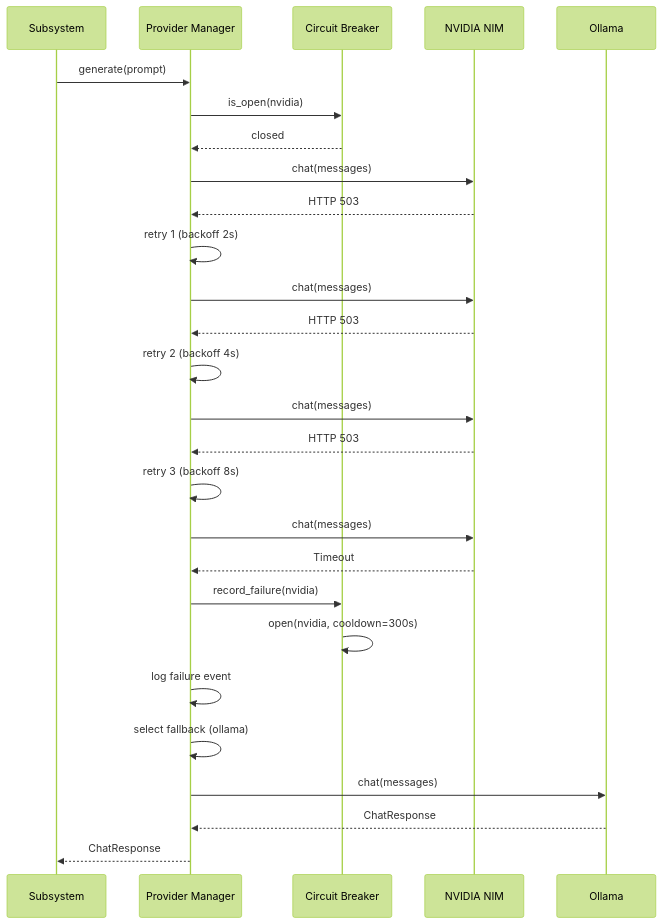
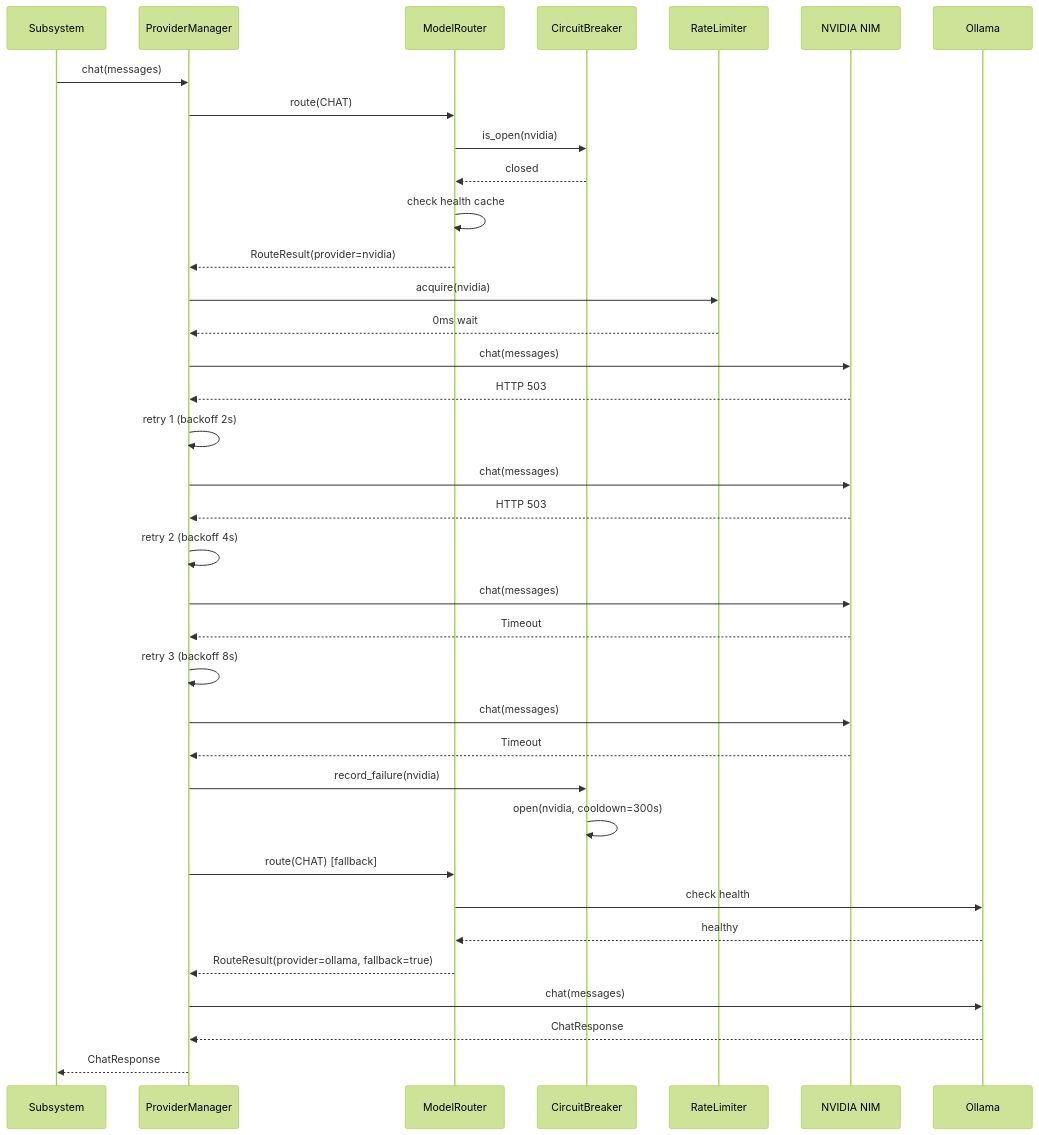
One commit to dsk-dev-ai/bookforge-ai changed the seventh of 8 diagrams in docs/ARCHITECTURE.md. Above: the diagram before and after it, drawn with Mermaid (forest theme). The commit also changed other lines of this file and 33 other files, not shown here.

````diff
--- a/docs/ARCHITECTURE.md
+++ b/docs/ARCHITECTURE.md
@@ -783,30 +420,47 @@
 ```mermaid
 sequenceDiagram
     participant Sub as Subsystem
-    participant PRM as Provider Manager
-    participant CB as Circuit Breaker
-    participant NIM as NVIDIA NIM
-    participant OLL as Ollama
+    participant PM as ProviderManager
+    participant RT as ModelRouter
+    participant CB as CircuitBreaker
+    participant RL as RateLimiter
+    participant NV as NVIDIA NIM
+    participant OL as Ollama
 
-    Sub->>PRM: generate(prompt)
-    PRM->>CB: is_open(nvidia)
-    CB-->>PRM: closed
-    PRM->>NIM: chat(messages)
-    NIM-->>PRM: HTTP 503
-    PRM->>PRM: retry 1 (backoff 2s)
-    PRM->>NIM: chat(messages)
-    NIM-->>PRM: HTTP 503
-    PRM->>PRM: retry 2 (backoff 4s)
-    PRM->>NIM: chat(messages)
-    NIM-->>PRM: HTTP 503
-    PRM->>PRM: retry 3 (backoff 8s)
-    PRM->>NIM: chat(messages)
-    NIM-->>PRM: Timeout
-    PRM->>CB: record_failure(nvidia)
+    Sub->>PM: chat(messages)
+    PM->>RT: route(CHAT)
+    RT->>CB: is_open(nvidia)
+    CB-->>RT: closed
+    RT->>RT: check health cache
+    RT-->>PM: RouteResult(provider=nvidia)
+
+    PM->>RL: acquire(nvidia)
+    RL-->>PM: 0ms wait
+
+    PM->>NV: chat(messages)
+    NV-->>PM: HTTP 503
+
+    PM->>PM: retry 1 (backoff 2s)
+    PM->>NV: chat(messages)
+    NV-->>PM: HTTP 503
+
+    PM->>PM: retry 2 (backoff 4s)
+    PM->>NV: chat(messages)
+    NV-->>PM: Timeout
+
+    PM->>PM: retry 3 (backoff 8s)
+    PM->>NV: chat(messages)
+    NV-->>PM: Timeout
+
+    PM->>CB: record_failure(nvidia)
     CB->>CB: open(nvidia, cooldown=300s)
-    PRM->>PRM: log failure event
-    PRM->>PRM: select fallback (ollama)
-    PRM->>OLL: chat(messages)
-    OLL-->>PRM: ChatResponse
-    PRM-->>Sub: ChatResponse
+
+    PM->>RT: route(CHAT) [fallback]
+    RT->>OL: check health
+    OL-->>RT: healthy
+    RT-->>PM: RouteResult(provider=ollama, fallback=true)
+
+    PM->>OL: chat(messages)
+    OL-->>PM: ChatResponse
+    PM-->>Sub: ChatResponse
 ```
````
